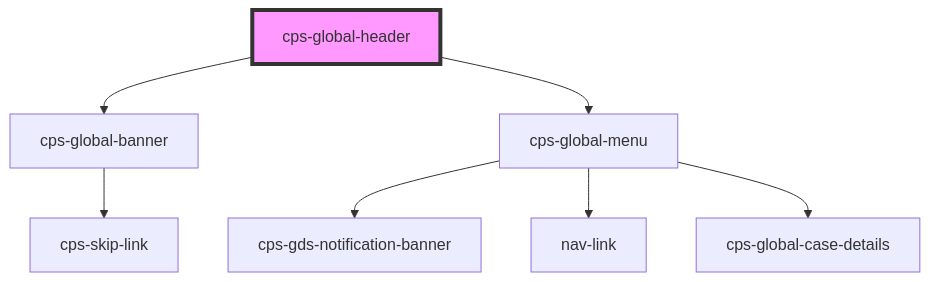
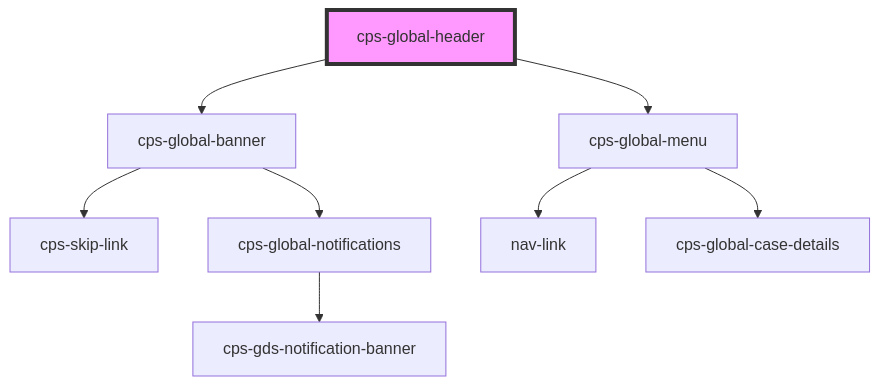
One commit to CPS-Innovation/global-components changed the diagram in packages/cps-global-components/src/components/cps-global-header/readme.md. Above: the diagram before and after it, drawn with Mermaid. The commit also changed 50 other files, not shown here.

Commit message:
#FCT2-15518 - added configurable notification banner (#809)

````diff
--- a/packages/cps-global-components/src/components/cps-global-header/readme.md
+++ b/packages/cps-global-components/src/components/cps-global-header/readme.md
@@ -23,10 +23,11 @@
 ```mermaid
 graph TD;
   cps-global-header --> cps-global-banner
   cps-global-header --> cps-global-menu
   cps-global-banner --> cps-skip-link
-  cps-global-menu --> cps-gds-notification-banner
+  cps-global-banner --> cps-global-notifications
+  cps-global-notifications --> cps-gds-notification-banner
   cps-global-menu --> nav-link
   cps-global-menu --> cps-global-case-details
   style cps-global-header fill:#f9f,stroke:#333,stroke-width:4px
 ```
````
